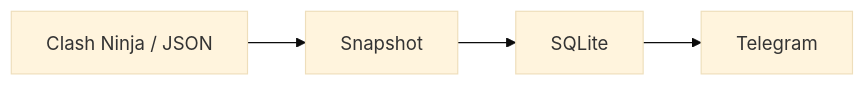
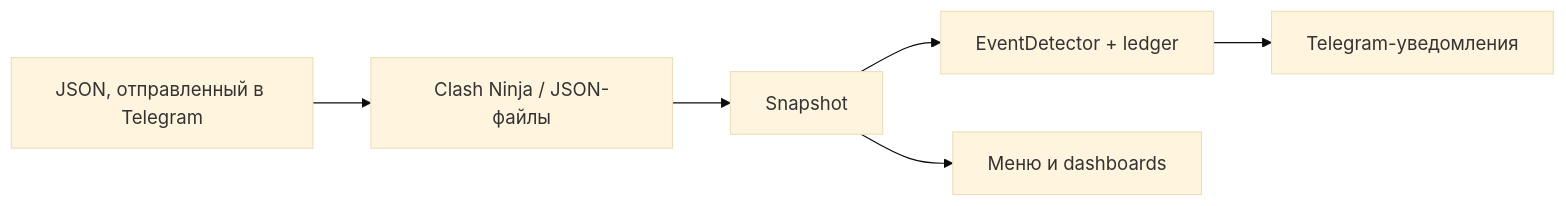
The diagram in README_RU.md (soroka01/Clash-Of-Clans-Telegram-Clash-Ninja-notifyer), drawn with Mermaid (base theme) before and after one commit. The commit also changed other lines of this file and 1 other file, not shown here.

Commit message:
docs: document JSON import over Telegram, alerts, new settings and structure

````diff
--- a/README_RU.md
+++ b/README_RU.md
@@ -34,6 +37,8 @@
 ```mermaid
 flowchart LR
-    A["Clash Ninja / JSON"] --> B["Snapshot"]
-    B --> C["SQLite"]
-    C --> D["Telegram"]
+    A["Clash Ninja / JSON-файлы"] --> B["Snapshot"]
+    U["JSON, отправленный в Telegram"] --> A
+    B --> C["EventDetector + ledger"]
+    C --> D["Telegram-уведомления"]
+    B --> E["Меню и dashboards"]
 ```
````
